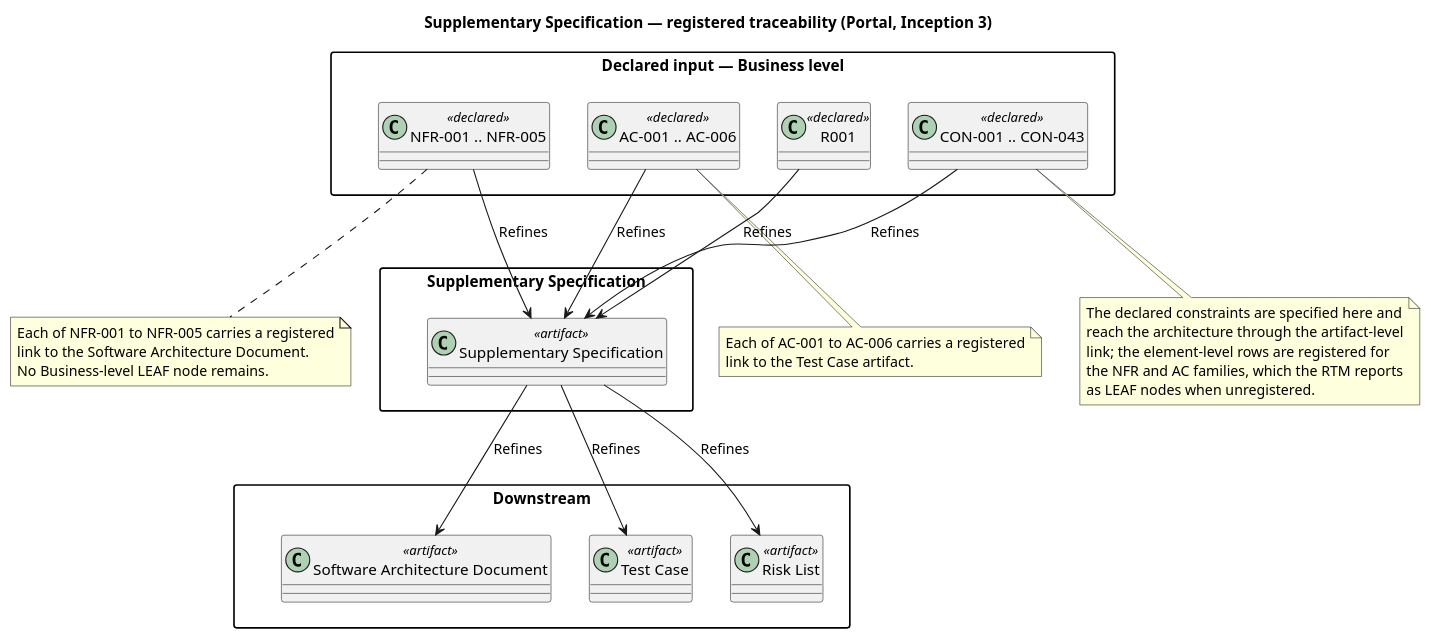
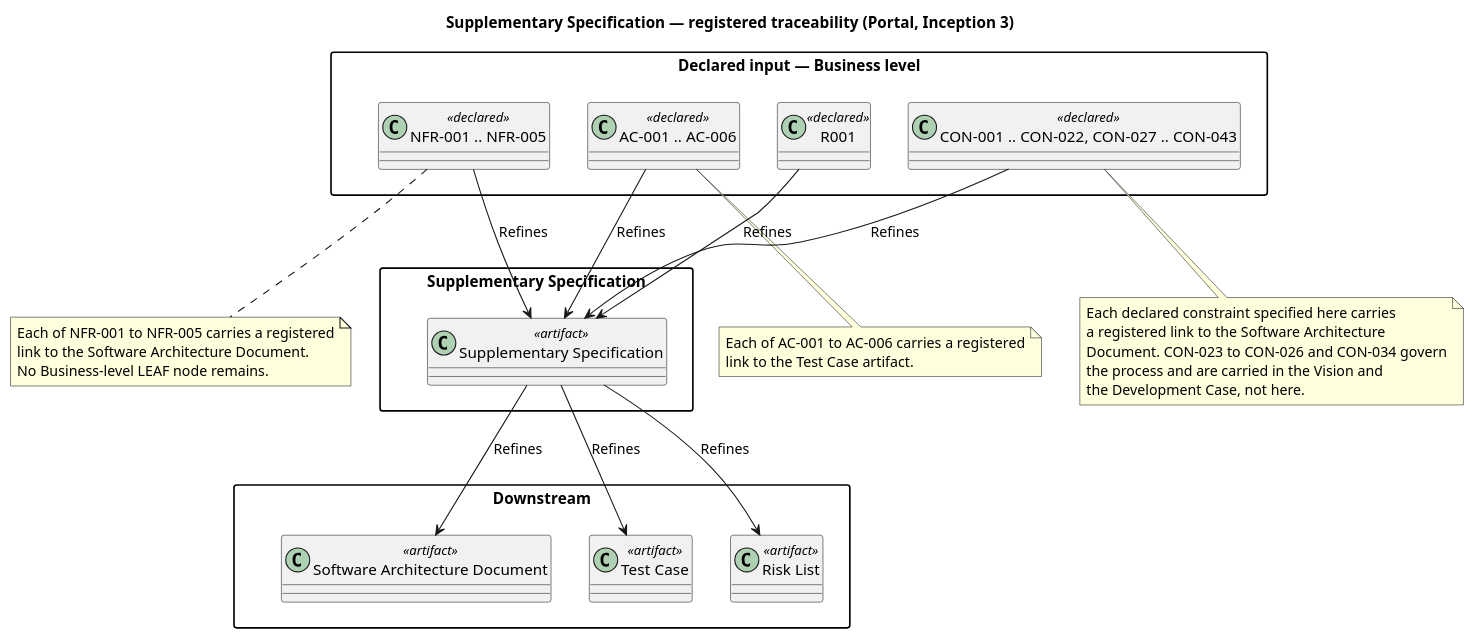
Before and after one commit to banense-test/portal: the fourth of 4 diagrams in docs/artifacts/requirements/supplementary-specification.md, drawn with PlantUML. The commit also changed other lines of this file, not shown here.

Commit message:
System Analyst [I3]: upsert Supplementary Specification
[skip ci]

````diff
--- a/docs/artifacts/requirements/supplementary-specification.md
+++ b/docs/artifacts/requirements/supplementary-specification.md
@@ -398,55 +400,55 @@
 ```plantuml
 @startuml
 title Supplementary Specification — registered traceability (Portal, Inception 3)
 
 skinparam classAttributeIconSize 0
 skinparam packageStyle rectangle
 
 package "Declared input — Business level" as DECL {
   class "NFR-001 .. NFR-005" as NFR <<declared>>
   class "AC-001 .. AC-006" as AC <<declared>>
-  class "CON-001 .. CON-043" as CON <<declared>>
+  class "CON-001 .. CON-022, CON-027 .. CON-043" as CON <<declared>>
   class "R001" as R <<declared>>
 }
 
 package "Supplementary Specification" as SS {
   class "Supplementary Specification" as SSA <<artifact>>
 }
 
 package "Downstream" as DOWN {
   class "Software Architecture Document" as SAD <<artifact>>
   class "Test Case" as TC <<artifact>>
   class "Risk List" as RL <<artifact>>
 }
 
 NFR --> SSA : Refines
 AC --> SSA : Refines
 CON --> SSA : Refines
 R --> SSA : Refines
 SSA --> SAD : Refines
 SSA --> TC : Refines
 SSA --> RL : Refines
 
 note bottom of NFR
   Each of NFR-001 to NFR-005 carries a registered
   link to the Software Architecture Document.
   No Business-level LEAF node remains.
 end note
 
 note bottom of AC
   Each of AC-001 to AC-006 carries a registered
   link to the Test Case artifact.
 end note
 
 note bottom of CON
-  The declared constraints are specified here and
-  reach the architecture through the artifact-level
-  link; the element-level rows are registered for
-  the NFR and AC families, which the RTM reports
-  as LEAF nodes when unregistered.
+  Each declared constraint specified here carries
+  a registered link to the Software Architecture
+  Document. CON-023 to CON-026 and CON-034 govern
+  the process and are carried in the Vision and
+  the Development Case, not here.
 end note
 
 DECL -[hidden]- SS
 SS -[hidden]- DOWN
 @enduml
 ```
````
